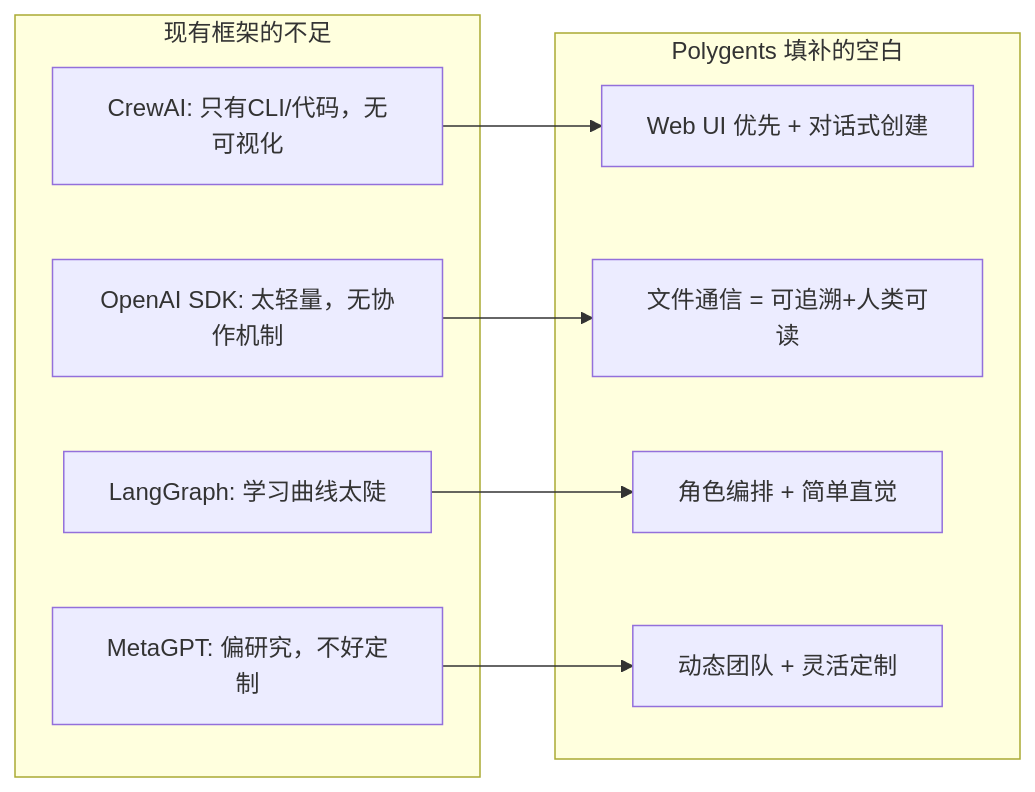
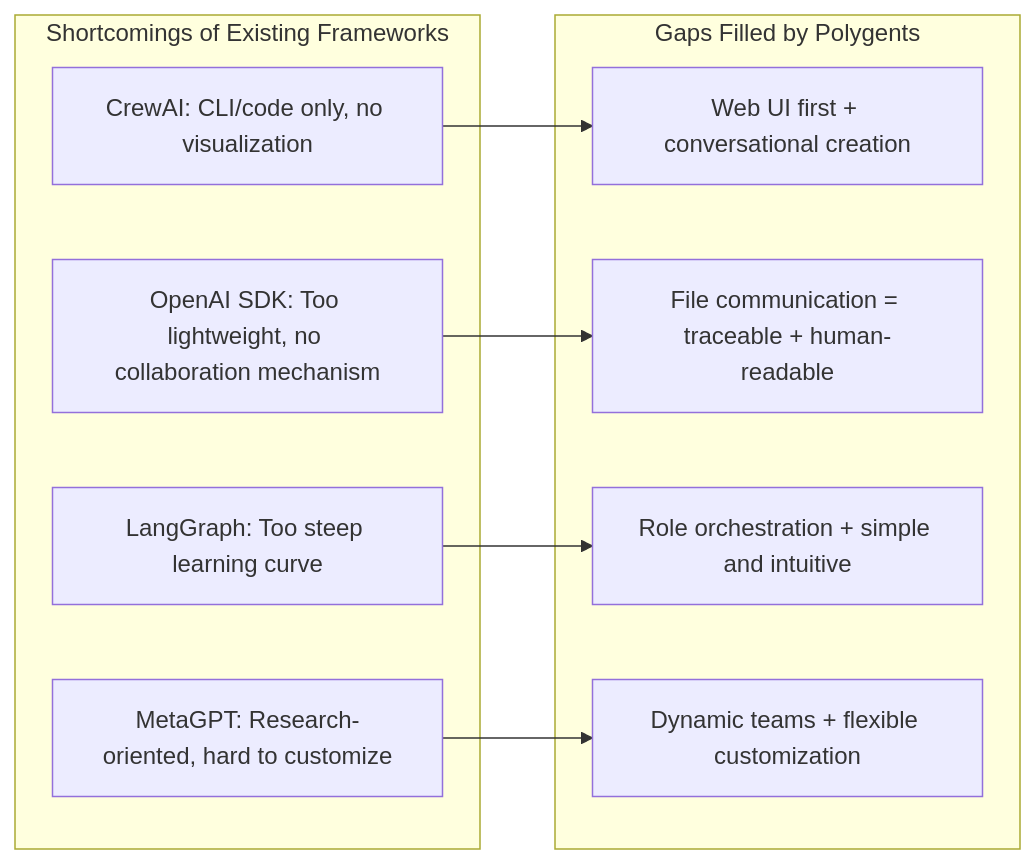
Before and after one commit to lchaoer/Polygents: the ninth of 10 diagrams in docs/design.md, drawn with Mermaid. The commit also changed other lines of this file and 4 other files, not shown here.

````diff
--- a/docs/design.md
+++ b/docs/design.md
@@ -649,21 +649,21 @@
 ```mermaid
 graph LR
-    subgraph "现有框架的不足"
-        P1["CrewAI: 只有CLI/代码，无可视化"]
-        P2["OpenAI SDK: 太轻量，无协作机制"]
-        P3["LangGraph: 学习曲线太陡"]
-        P4["MetaGPT: 偏研究，不好定制"]
+    subgraph "Shortcomings of Existing Frameworks"
+        P1["CrewAI: CLI/code only, no visualization"]
+        P2["OpenAI SDK: Too lightweight, no collaboration mechanism"]
+        P3["LangGraph: Too steep learning curve"]
+        P4["MetaGPT: Research-oriented, hard to customize"]
     end
 
-    subgraph "Polygents 填补的空白"
-        S1["Web UI 优先 + 对话式创建"]
-        S2["文件通信 = 可追溯+人类可读"]
-        S3["角色编排 + 简单直觉"]
-        S4["动态团队 + 灵活定制"]
+    subgraph "Gaps Filled by Polygents"
+        S1["Web UI first + conversational creation"]
+        S2["File communication = traceable + human-readable"]
+        S3["Role orchestration + simple and intuitive"]
+        S4["Dynamic teams + flexible customization"]
     end
 
     P1 --> S1
     P2 --> S2
     P3 --> S3
     P4 --> S4
 ```
````
